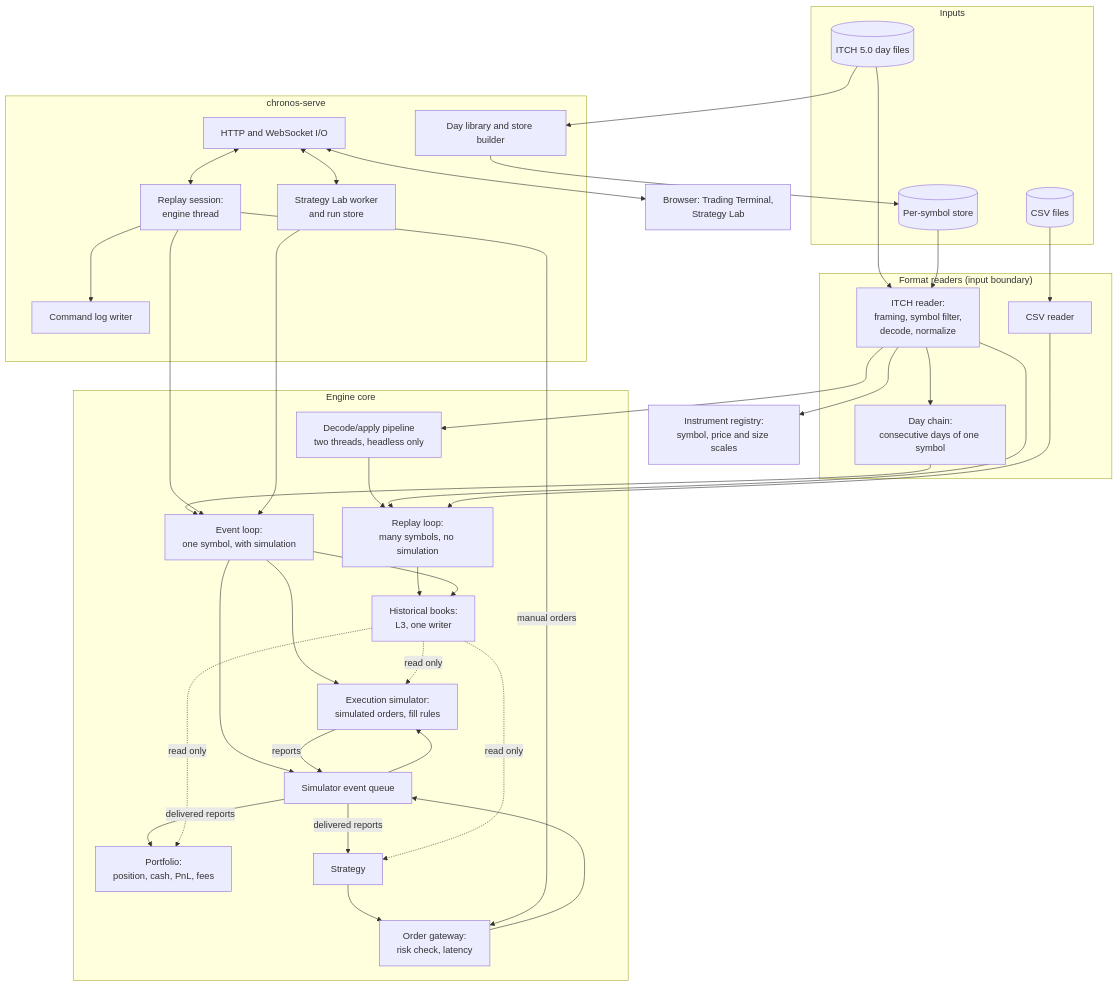
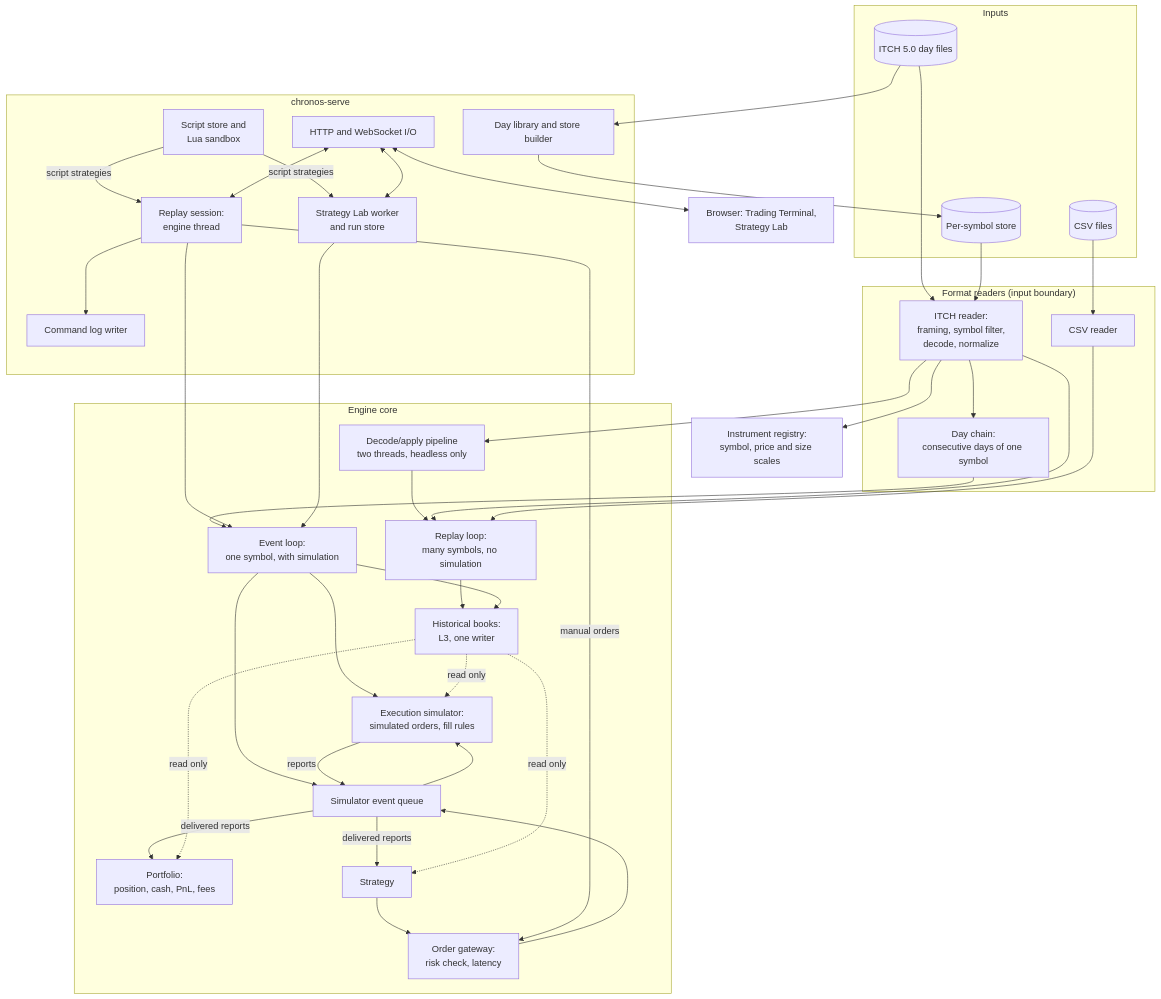
One commit to JaskaranSingh-01/Chronos changed the first of 2 diagrams in docs/architecture/system-architecture.md. Above: the diagram before and after it, drawn with Mermaid. The commit also changed other lines of this file and 47 other files, not shown here.

````diff
--- a/docs/architecture/system-architecture.md
+++ b/docs/architecture/system-architecture.md
@@ -18,63 +18,66 @@
 ```mermaid
 flowchart TB
     subgraph Inputs
         DAY[(ITCH 5.0 day files)]
         STORE[(Per-symbol store)]
         CSV[(CSV files)]
     end
     subgraph Readers["Format readers (input boundary)"]
         ITCH[ITCH reader:<br/>framing, symbol filter,<br/>decode, normalize]
         CSVR[CSV reader]
         CHAIN[Day chain:<br/>consecutive days of one symbol]
     end
     REG[Instrument registry:<br/>symbol, price and size scales]
     subgraph Core["Engine core"]
         PIPE[Decode/apply pipeline<br/>two threads, headless only]
         REPLAY[Replay loop:<br/>many symbols, no simulation]
         LOOP[Event loop:<br/>one symbol, with simulation]
         BOOK[Historical books:<br/>L3, one writer]
         GW[Order gateway:<br/>risk check, latency]
         SIMQ[Simulator event queue]
         EXEC[Execution simulator:<br/>simulated orders, fill rules]
         PF[Portfolio:<br/>position, cash, PnL, fees]
         STRAT[Strategy]
     end
     subgraph Server["chronos-serve"]
         LIB[Day library and store builder]
         SESS[Replay session:<br/>engine thread]
         LOG[Command log writer]
         LAB[Strategy Lab worker<br/>and run store]
+        SCR[Script store and<br/>Lua sandbox]
         IO[HTTP and WebSocket I/O]
     end
     UI[Browser: Trading Terminal,<br/>Strategy Lab]
 
     DAY --> ITCH
     DAY --> LIB --> STORE
     STORE --> ITCH
     CSV --> CSVR
     ITCH --> REG
     ITCH --> CHAIN
     ITCH --> PIPE --> REPLAY
     ITCH --> REPLAY
     CSVR --> REPLAY
     CHAIN --> LOOP
     REPLAY --> BOOK
     LOOP --> BOOK
     LOOP --> EXEC
     LOOP --> SIMQ
     STRAT --> GW --> SIMQ
     SIMQ --> EXEC
     EXEC -->|reports| SIMQ
     SIMQ -->|delivered reports| PF
     SIMQ -->|delivered reports| STRAT
     SESS -->|manual orders| GW
     BOOK -. read only .-> EXEC
     BOOK -. read only .-> STRAT
     BOOK -. read only .-> PF
     SESS --> LOOP
     LAB --> LOOP
+    SCR -->|script strategies| LAB
+    SCR -->|script strategies| SESS
     SESS --> LOG
     IO <--> SESS
     IO <--> LAB
     IO <--> UI
 ```
````
